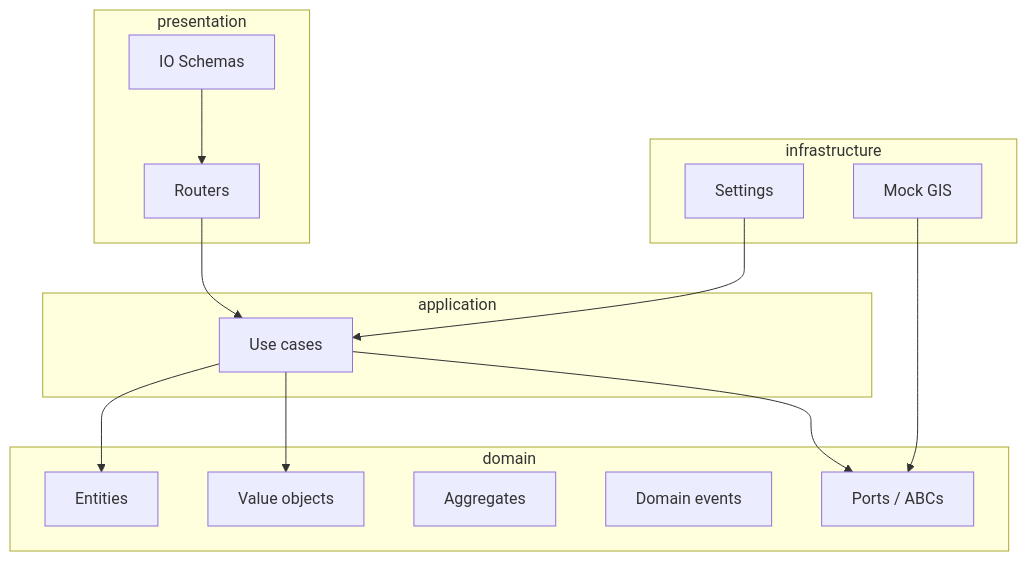
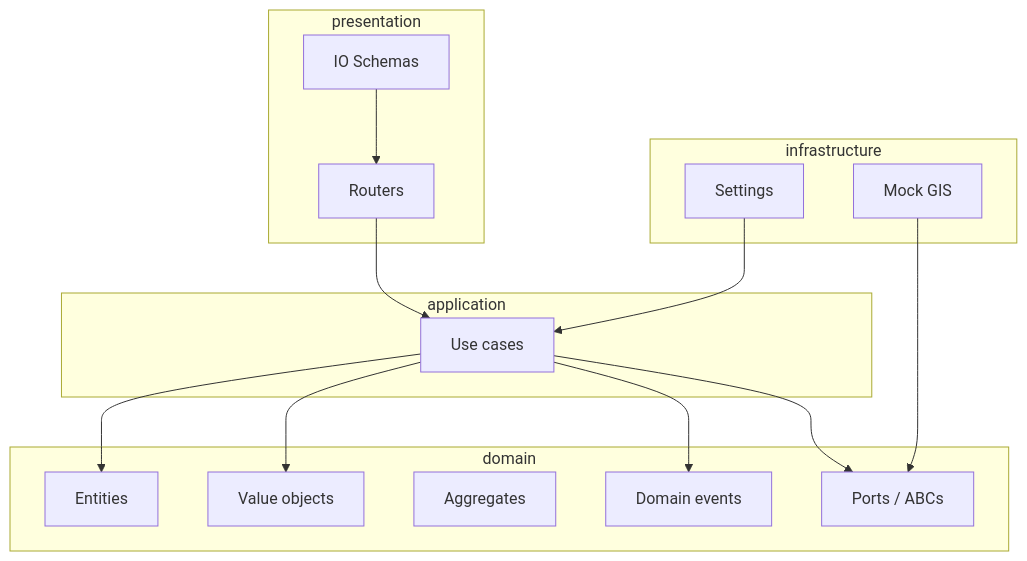
The first of 2 diagrams in execution_plan.md (marcelomaia/Car-Insurance-Simulator), drawn with Mermaid before and after one commit. The commit also changed other lines of this file, not shown here.

````diff
--- a/execution_plan.md
+++ b/execution_plan.md
@@ -24,28 +24,29 @@
 ```mermaid
 flowchart TB
     subgraph presentation [presentation]
         Routers[Routers]
         Schemas[IO Schemas]
     end
     subgraph application [application]
         UseCases[Use cases]
     end
     subgraph domain [domain]
         Entities[Entities]
         VOs[Value objects]
         Aggregates[Aggregates]
         Events[Domain events]
         DomainPorts[Ports / ABCs]
     end
     subgraph infrastructure [infrastructure]
         Settings[Settings]
         GisAdapter[Mock GIS]
     end
     Routers --> UseCases
     UseCases --> Entities
     UseCases --> VOs
     UseCases --> DomainPorts
+    UseCases --> Events
     GisAdapter --> DomainPorts
     Settings --> UseCases
     Schemas --> Routers
 ```
````
